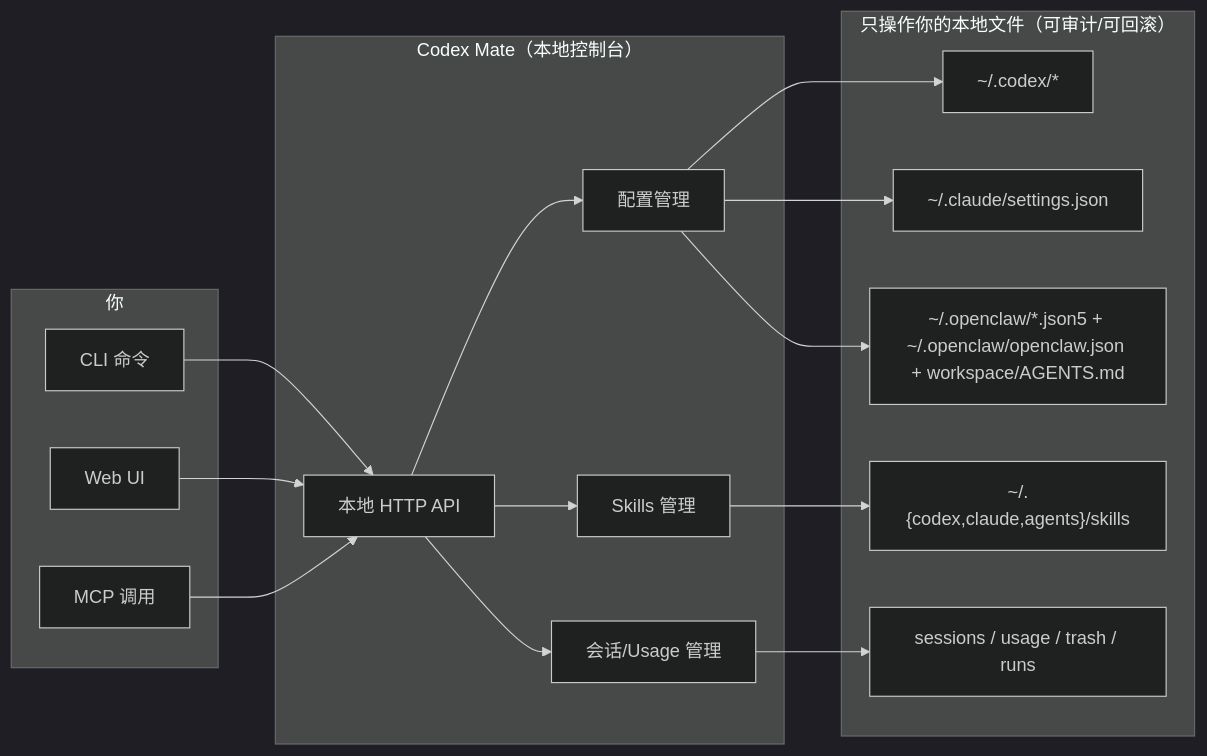
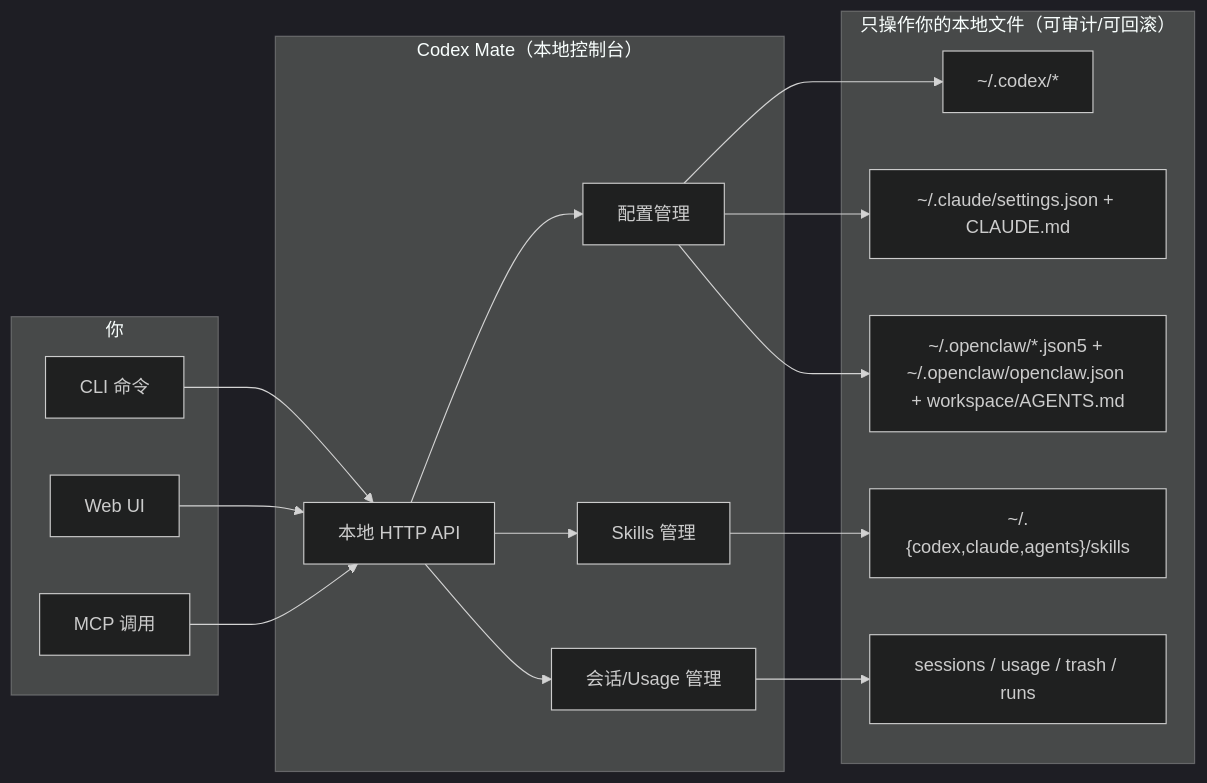
One commit to ymkiux/codexmate changed the diagram in README.md. Above: the diagram before and after it, drawn with Mermaid (dark theme). The commit also changed other lines of this file and 6 other files, not shown here.

````diff
--- a/README.md
+++ b/README.md
@@ -80,37 +82,37 @@
 ```mermaid
 flowchart LR
     subgraph You["你"]
       CLI["CLI 命令"]
       WEB["Web UI"]
       MCP["MCP 调用"]
     end
 
     subgraph Mate["Codex Mate（本地控制台）"]
       API["本地 HTTP API"]
       CFG["配置管理"]
       SESS["会话/Usage 管理"]
       SKL["Skills 管理"]
     end
 
     subgraph Files["只操作你的本地文件（可审计/可回滚）"]
       CODEX["~/.codex/*"]
-      CLAUDE["~/.claude/settings.json"]
+      CLAUDE["~/.claude/settings.json + CLAUDE.md"]
       OPENCLAW["~/.openclaw/*.json5 + ~/.openclaw/openclaw.json + workspace/AGENTS.md"]
       SKILLS["~/.{codex,claude,agents}/skills"]
       SESSFILES["sessions / usage / trash / runs"]
     end
 
     CLI --> API
     WEB --> API
     MCP --> API
 
     API --> CFG
     API --> SESS
     API --> SKL
 
     CFG --> CODEX
     CFG --> CLAUDE
     CFG --> OPENCLAW
     SKL --> SKILLS
     SESS --> SESSFILES
 ```
````
